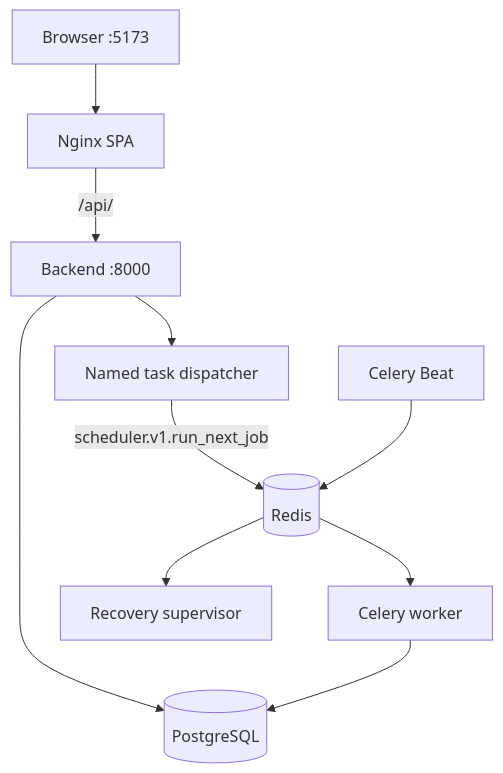
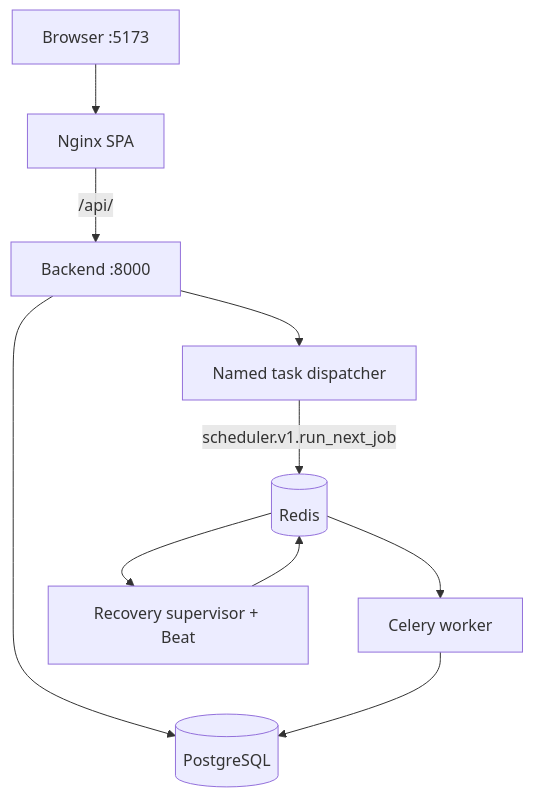
The diagram in documentation/09_ops_observability/LOCAL_RUNTIME.md (ORIOP25/Cronos), drawn with Mermaid before and after one commit. The commit also changed other lines of this file and 14 other files, not shown here.

First line of the commit message:
chore(infra): run Celery Beat inside the scheduler supervisor (#226)

````diff
--- a/documentation/09_ops_observability/LOCAL_RUNTIME.md
+++ b/documentation/09_ops_observability/LOCAL_RUNTIME.md
@@ -47,12 +46,12 @@
 ```mermaid
 flowchart TD
     Browser[Browser :5173] --> Nginx[Nginx SPA]
     Nginx -->|/api/| API[Backend :8000]
     API --> DB[(PostgreSQL)]
     API --> Dispatcher[Named task dispatcher]
     Dispatcher -->|scheduler.v1.run_next_job| Redis[(Redis)]
     Redis --> Worker[Celery worker]
-    Redis --> Supervisor[Recovery supervisor]
-    Beat[Celery Beat] --> Redis
+    Redis --> Supervisor[Recovery supervisor + Beat]
+    Supervisor --> Redis
     Worker --> DB
 ```
````
